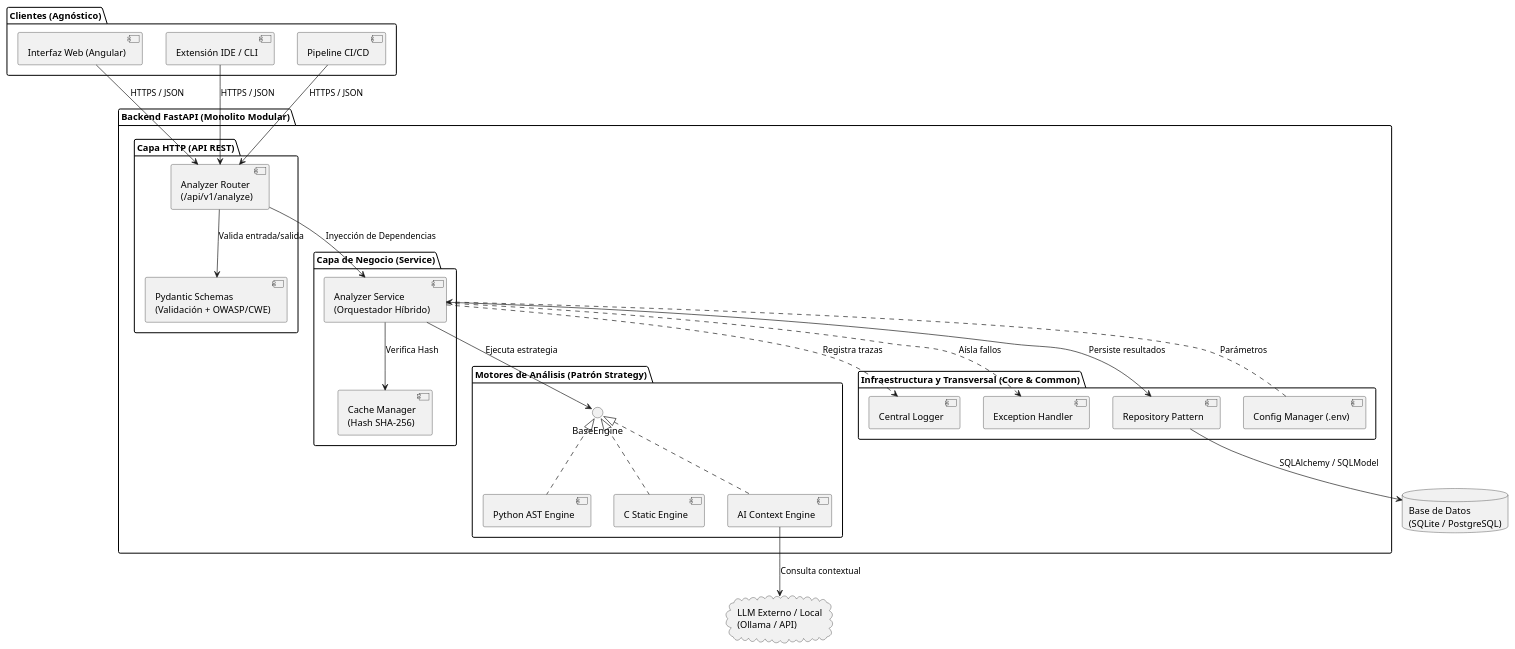
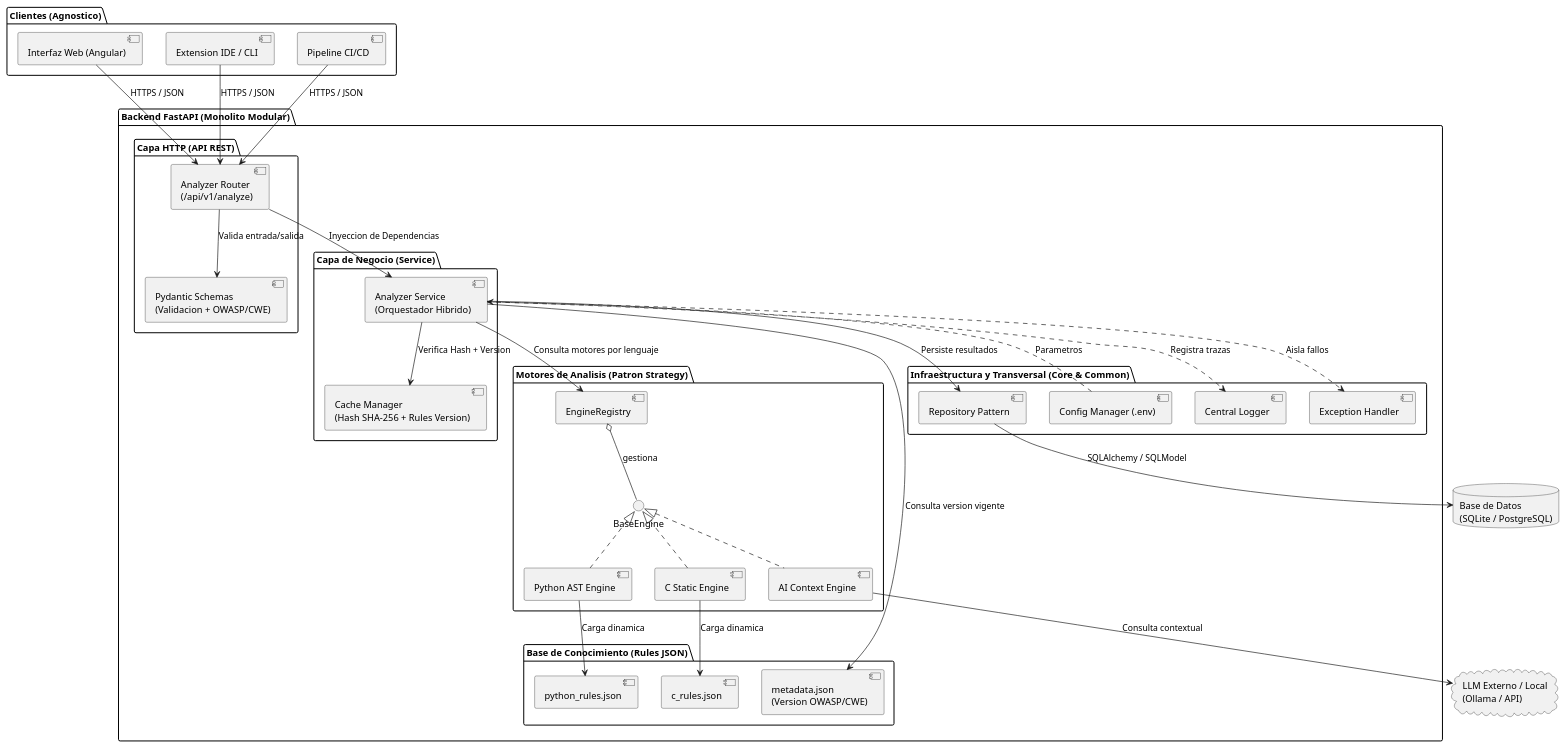
The diagram in Documentos/Diagramas/arquitectura_componentes/arquitectura_componentes.puml (EVerjanoPerez/tfg-devsecops-analyzer), drawn with PlantUML before and after one commit. The commit also changed 29 other files, not shown here.

```diff
--- a/Documentos/Diagramas/arquitectura_componentes/arquitectura_componentes.puml
+++ b/Documentos/Diagramas/arquitectura_componentes/arquitectura_componentes.puml
@@ -1,62 +1,74 @@
 @startuml
 skinparam componentStyle uml2
 skinparam shadowing false
 
-package "Clientes (Agnóstico)" {
+package "Clientes (Agnostico)" {
   [Interfaz Web (Angular)] as Web
-  [Extensión IDE / CLI] as CLI
+  [Extension IDE / CLI] as CLI
   [Pipeline CI/CD] as CICD
 }
 
 package "Backend FastAPI (Monolito Modular)" {
   
   package "Capa HTTP (API REST)" {
     [Analyzer Router\n(/api/v1/analyze)] as Router
-    [Pydantic Schemas\n(Validación + OWASP/CWE)] as Schemas
+    [Pydantic Schemas\n(Validacion + OWASP/CWE)] as Schemas
   }
 
   package "Capa de Negocio (Service)" {
-    [Analyzer Service\n(Orquestador Híbrido)] as Service
-    [Cache Manager\n(Hash SHA-256)] as Cache
+    [Analyzer Service\n(Orquestador Hibrido)] as Service
+    [Cache Manager\n(Hash SHA-256 + Rules Version)] as Cache
   }
 
-  package "Motores de Análisis (Patrón Strategy)" {
+  package "Motores de Analisis (Patron Strategy)" {
+    [EngineRegistry] as Registry
     interface "BaseEngine" as IEngine
     [Python AST Engine] as PyEngine
     [C Static Engine] as CEngine
     [AI Context Engine] as AIEngine
+  }
+
+  folder "Base de Conocimiento (Rules JSON)" {
+    [metadata.json\n(Version OWASP/CWE)] as MetaRules
+    [python_rules.json] as PyRules
+    [c_rules.json] as CRules
   }
 
   package "Infraestructura y Transversal (Core & Common)" {
     [Config Manager (.env)] as Config
     [Central Logger] as Logger
     [Exception Handler] as Exc
     [Repository Pattern] as Repo
   }
 }
 
 database "Base de Datos\n(SQLite / PostgreSQL)" as DB
 cloud "LLM Externo / Local\n(Ollama / API)" as LLM
 
 Web --> Router : HTTPS / JSON
 CLI --> Router : HTTPS / JSON
 CICD --> Router : HTTPS / JSON
 
 Router --> Schemas : Valida entrada/salida
-Router --> Service : Inyección de Dependencias
+Router --> Service : Inyeccion de Dependencias
 
-Service --> Cache : Verifica Hash
-Service --> IEngine : Ejecuta estrategia
+Service --> Cache : Verifica Hash + Version
+Service --> Registry : Consulta motores por lenguaje
 Service --> Repo : Persiste resultados
 
+Registry o-- IEngine : gestiona
 IEngine <|.. PyEngine
 IEngine <|.. CEngine
 IEngine <|.. AIEngine
+
+PyEngine --> PyRules : Carga dinamica
+CEngine --> CRules : Carga dinamica
+Service --> MetaRules : Consulta version vigente
 
 AIEngine --> LLM : Consulta contextual
 Repo --> DB : SQLAlchemy / SQLModel
 
 Service ..> Logger : Registra trazas
-Service ..> Exc : Aísla fallos
-Config ..> Service : Parámetros
+Service ..> Exc : Aisla fallos
+Config ..> Service : Parametros
 @enduml
```
